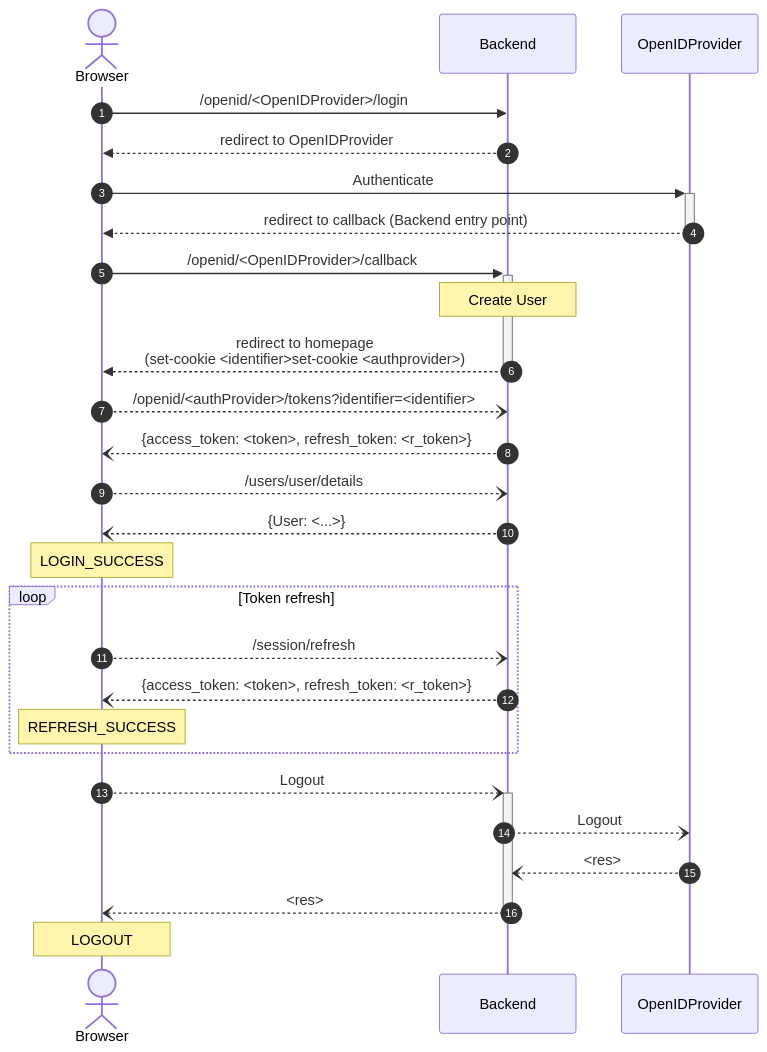
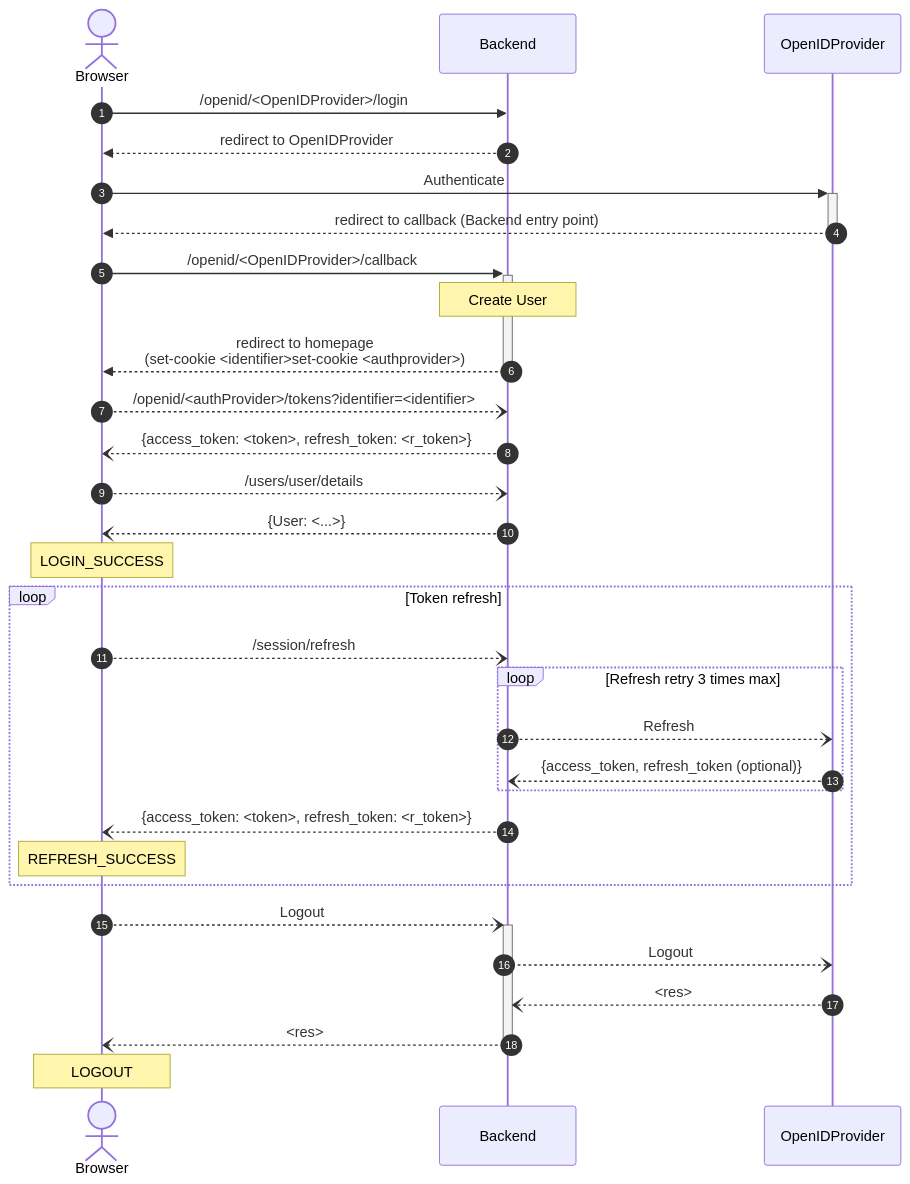
The second of 2 diagrams in docs/developer-guide/integrations/auth.md (geosolutions-it/MapStore2), drawn with Mermaid before and after one commit. The commit also changed other lines of this file and 1 other file, not shown here.

Commit message:
Added effective documentation

````diff
--- a/docs/developer-guide/integrations/auth.md
+++ b/docs/developer-guide/integrations/auth.md
@@ -67,29 +66,34 @@
 ```mermaid
 sequenceDiagram
     autonumber
     actor Browser
     participant Backend
     participant OpenIDProvider
     Browser ->> Backend: /openid/<OpenIDProvider>/login
     Backend -->> Browser: redirect to OpenIDProvider
     Browser ->>+ OpenIDProvider: Authenticate
     OpenIDProvider -->>- Browser: redirect to callback (Backend entry point)
     Browser ->>+ Backend:  /openid/<OpenIDProvider>/callback
     Note over Backend: Create User
     Backend -->>- Browser: redirect to homepage  <br /> (set-cookie <identifier>set-cookie <authprovider>)
     Browser --) Backend: /openid/<authProvider>/tokens?identifier=<identifier>
     Backend --) Browser:  {access_token: <token>, refresh_token: <r_token>}
     Browser --) Backend: /users/user/details
     Backend --) Browser:  {User: <...>}
     Note over Browser: LOGIN_SUCCESS
     loop Token refresh
         Browser --) Backend: /session/refresh
+
+        loop Refresh retry 3 times max
+            Backend --) OpenIDProvider: Refresh
+            OpenIDProvider --) Backend: {access_token, refresh_token (optional)}
+        end
         Backend --) Browser: {access_token: <token>, refresh_token: <r_token>}
         Note over Browser: REFRESH_SUCCESS
     end
     Browser --)+ Backend: Logout
     Backend --) OpenIDProvider: Logout
     OpenIDProvider --) Backend: <res>
     Backend --)- Browser: <res>
     Note over Browser: LOGOUT
 ```
````
